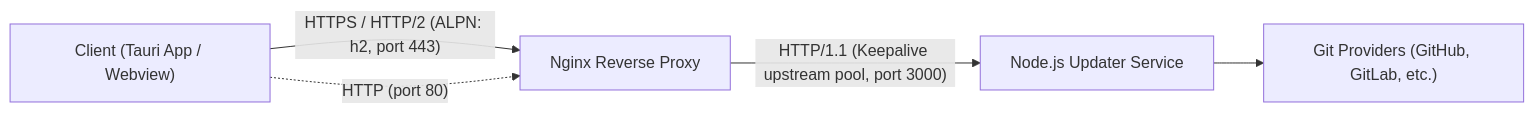
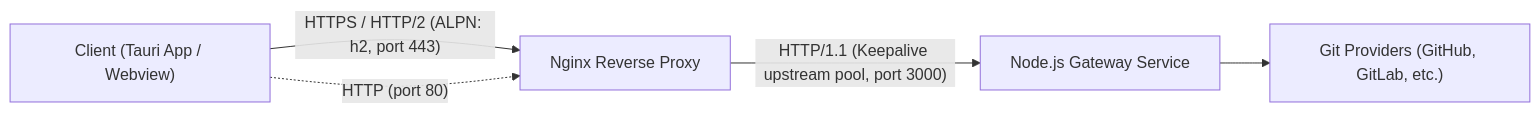
Before and after one commit to Autapomorph/git-gateway: the diagram in docs/docker.md, drawn with Mermaid. The commit also changed other lines of this file and 5 other files, not shown here.

````diff
--- a/docs/docker.md
+++ b/docs/docker.md
@@ -11,7 +11,7 @@
 ```mermaid
 flowchart LR
     Client["Client (Tauri App / Webview)"] -->|"HTTPS / HTTP/2 (ALPN: h2, port 443)"| Nginx["Nginx Reverse Proxy"]
     Client -.->|"HTTP (port 80)"| Nginx
-    Nginx -->|"HTTP/1.1 (Keepalive upstream pool, port 3000)"| Express["Node.js Updater Service"]
+    Nginx -->|"HTTP/1.1 (Keepalive upstream pool, port 3000)"| Express["Node.js Gateway Service"]
     Express --> Providers["Git Providers (GitHub, GitLab, etc.)"]
 ```
````
